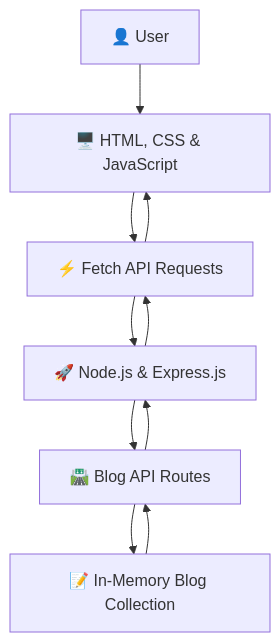
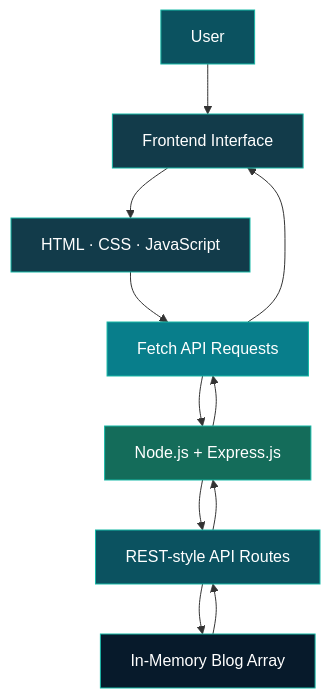
Before and after one commit to Saheera-006/blog-management-system: the diagram in README.md, drawn with Mermaid. The commit also changed other lines of this file, not shown here.

Commit message:
blog management System

````diff
--- a/README.md
+++ b/README.md
@@ -74,12 +60,21 @@
 ```mermaid
 flowchart TD
-    A["👤 User"] --> B["🖥️ HTML, CSS & JavaScript"]
-    B --> C["⚡ Fetch API Requests"]
-    C --> D["🚀 Node.js & Express.js"]
-    D --> E["🛣️ Blog API Routes"]
-    E --> F["📝 In-Memory Blog Collection"]
+    A["User"] --> B["Frontend Interface"]
+    B --> C["HTML · CSS · JavaScript"]
+    C --> D["Fetch API Requests"]
+    D --> E["Node.js + Express.js"]
+    E --> F["REST-style API Routes"]
+    F --> G["In-Memory Blog Array"]
+    G --> F
     F --> E
     E --> D
-    D --> C
-    C --> B
+    D --> B
+
+    style A fill:#0B5260,color:#FFFFFF,stroke:#16B8A6
+    style B fill:#123B4A,color:#FFFFFF,stroke:#16B8A6
+    style C fill:#123B4A,color:#FFFFFF,stroke:#16B8A6
+    style D fill:#087E8B,color:#FFFFFF,stroke:#16B8A6
+    style E fill:#146C5A,color:#FFFFFF,stroke:#16B8A6
+    style F fill:#0B5260,color:#FFFFFF,stroke:#16B8A6
+    style G fill:#071A2B,color:#FFFFFF,stroke:#16B8A6
 ```
````
